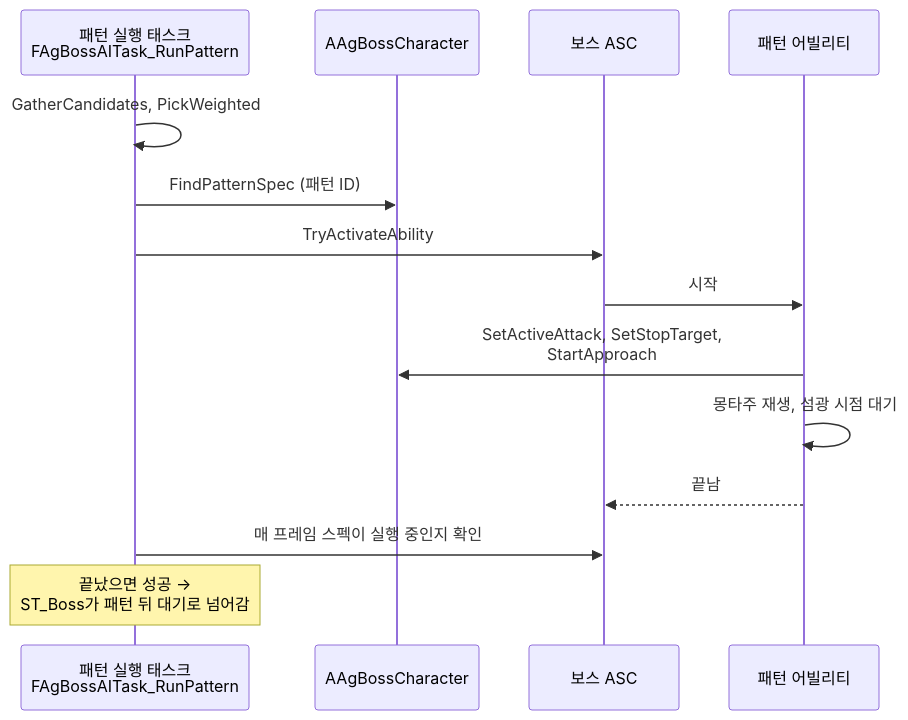
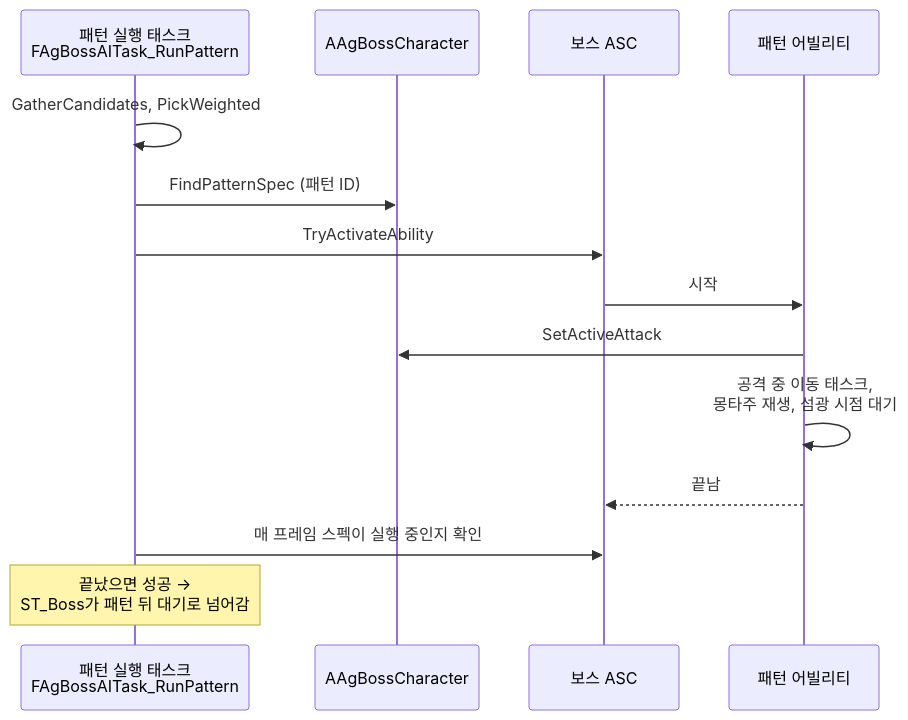
One commit to Woogl/Ag changed diagram 19 of 20 in Docs/Program/클래스 구조도.md. Above: the diagram before and after it, drawn with Mermaid. The commit also changed other lines of this file and 17 other files, not shown here.

Commit message:
구현: 공격 보정을 AbilityTask로 옮기고, 다가갈지는 몽타주의 워핑 구간이 정하게 정리 (구현 계획서 '공격 보정'·'정지 간격', 데이터 위치표, 클래스 구조도)

````diff
--- a/Docs/Program/클래스 구조도.md
+++ b/Docs/Program/클래스 구조도.md
@@ -652,16 +660,16 @@
 ```mermaid
 sequenceDiagram
     participant T as 패턴 실행 태스크<br>FAgBossAITask_RunPattern
     participant B as AAgBossCharacter
     participant ASC as 보스 ASC
     participant GA as 패턴 어빌리티
     T->>T: GatherCandidates, PickWeighted
     T->>B: FindPatternSpec (패턴 ID)
     T->>ASC: TryActivateAbility
     ASC->>GA: 시작
-    GA->>B: SetActiveAttack, SetStopTarget,<br>StartApproach
-    GA->>GA: 몽타주 재생, 섬광 시점 대기
+    GA->>B: SetActiveAttack
+    GA->>GA: 공격 중 이동 태스크,<br>몽타주 재생, 섬광 시점 대기
     GA-->>ASC: 끝남
     T->>ASC: 매 프레임 스펙이 실행 중인지 확인
     Note over T: 끝났으면 성공 →<br>ST_Boss가 패턴 뒤 대기로 넘어감
 ```
````
